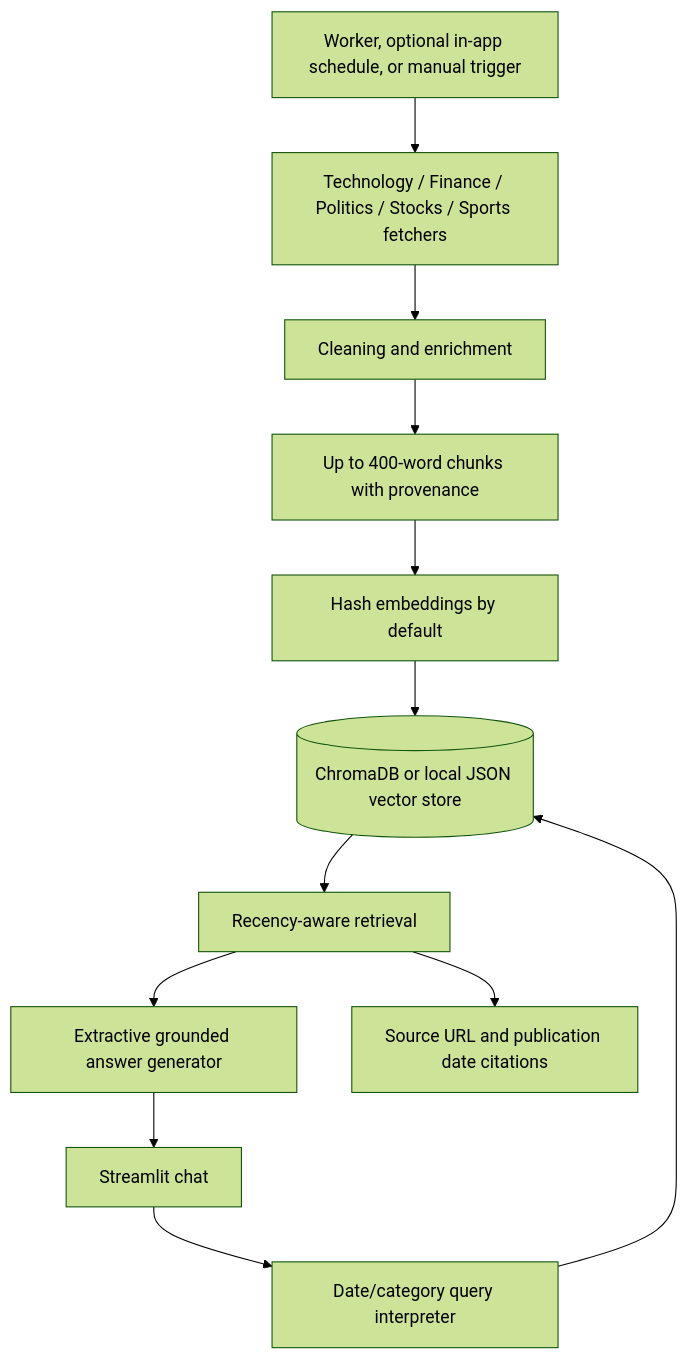
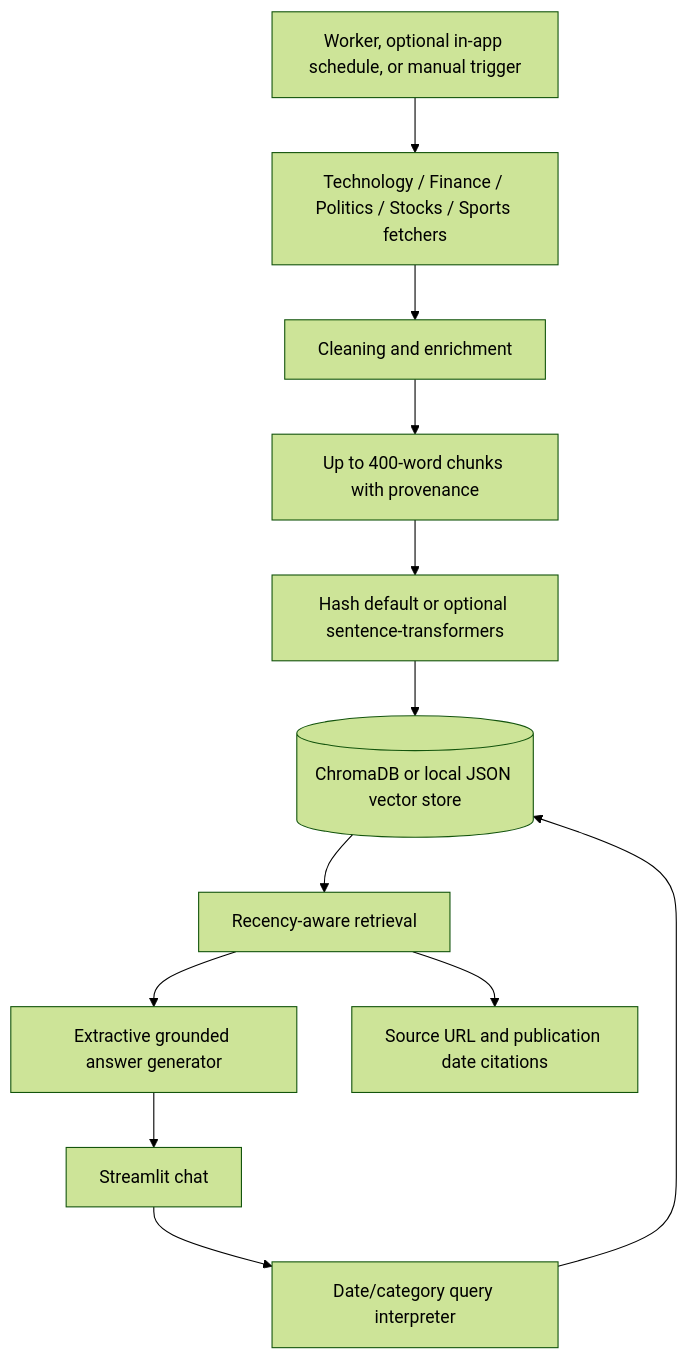
The diagram in docs/ARCHITECTURE.md (nareshgrampalli-coder/MADNIntelSysWRAG), drawn with Mermaid (forest theme) before and after one commit. The commit also changed other lines of this file and 12 other files, not shown here.

Commit message:
Add optional sentence embedding provider

````diff
--- a/docs/ARCHITECTURE.md
+++ b/docs/ARCHITECTURE.md
@@ -3,14 +3,14 @@
 ```mermaid
 flowchart TD
     S[Worker, optional in-app schedule, or manual trigger] --> F[Technology / Finance / Politics / Stocks / Sports fetchers]
     F --> P[Cleaning and enrichment]
     P --> C[Up to 400-word chunks with provenance]
-    C --> E[Hash embeddings by default]
+    C --> E[Hash default or optional sentence-transformers]
     E --> V[(ChromaDB or local JSON vector store)]
     U[Streamlit chat] --> Q[Date/category query interpreter]
     Q --> V
     V --> R[Recency-aware retrieval]
     R --> A[Extractive grounded answer generator]
     A --> U
     R --> X[Source URL and publication date citations]
 ```
````
